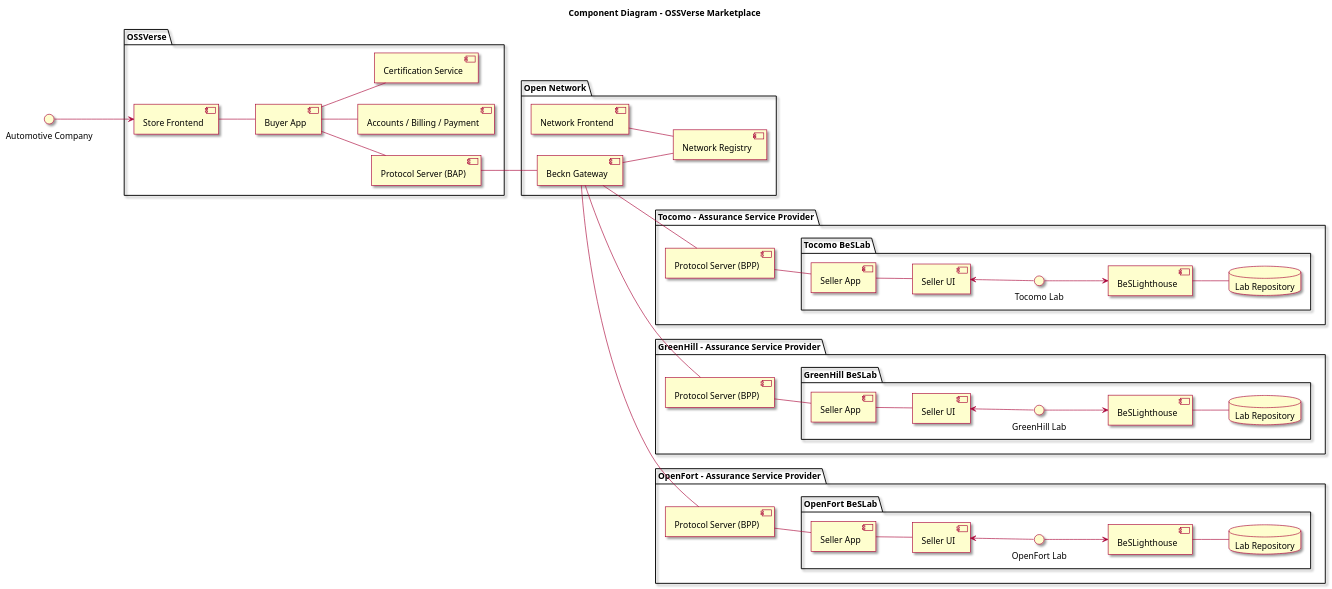
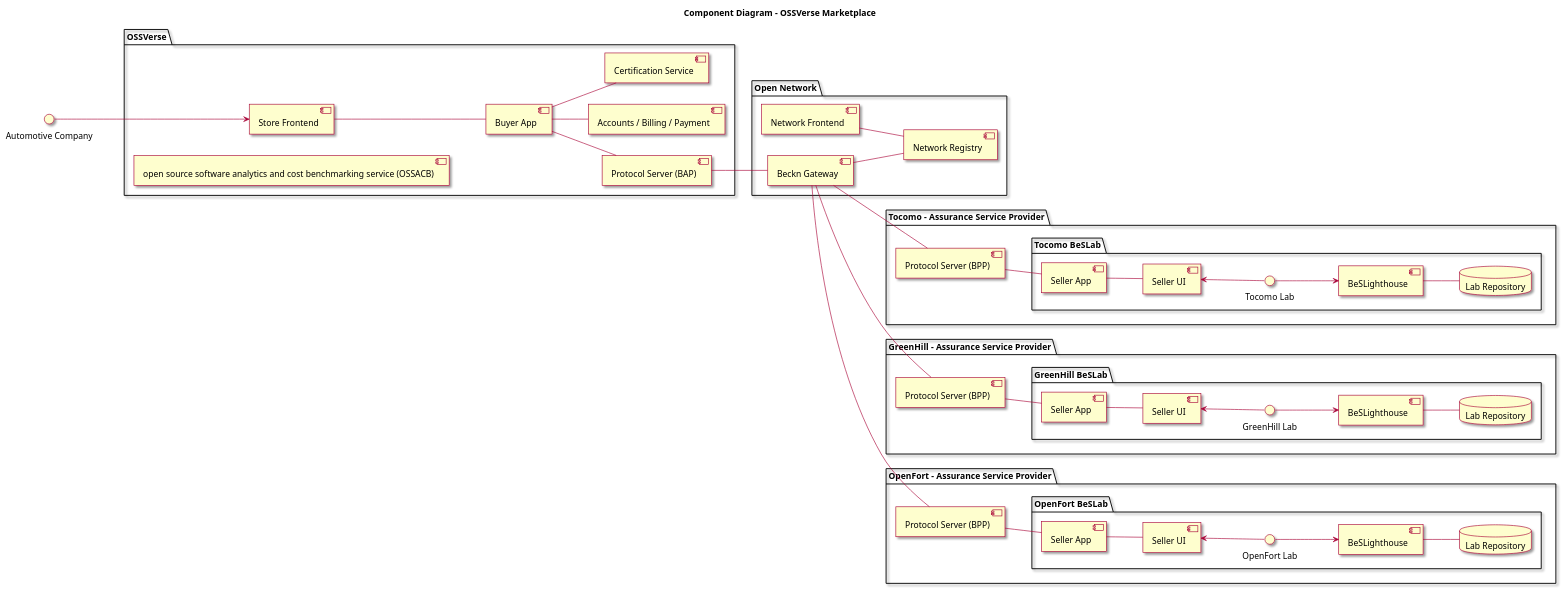
The diagram in docs/puml/ComponentDiagram.puml (OSSVerse/OSSVerse), drawn with PlantUML before and after one commit.

Commit message:
Update ComponentDiagram.puml
Added open source software analytics and cost benchmarking service (OSSACB)

```diff
--- a/docs/puml/ComponentDiagram.puml
+++ b/docs/puml/ComponentDiagram.puml
@@ -1,81 +1,82 @@
 @startuml
 
 title Component Diagram - OSSVerse Marketplace
 
 skin rose
 
 left to right direction
 
 package "OSSVerse" {
   component [Store Frontend] as comp1
   component [Buyer App] as comp2
   component [Protocol Server (BAP)] as comp3
   component [Accounts / Billing / Payment] as comp21
   component [Certification Service] as comp23
+  component [open source software analytics and cost benchmarking service (OSSACB)] as comp24
 
   comp1 -- comp2
   comp2 -- comp3
   comp2 -- comp21
   comp2 -- comp23
 }
 
 "Automotive Company" --> comp1
 
 package "Open Network" {
   component [Network Frontend] as comp22
   component [Beckn Gateway] as comp4
   database [Network Registry] as comp5
   comp3 -- comp4
   comp4 -- comp5
   comp22 -- comp5
 }
 
 package "Tocomo - Assurance Service Provider" {
   component [Protocol Server (BPP)] as comp6
   package "Tocomo BeSLab" {
     component [Seller App] as comp7
     component [Seller UI] as comp8
     component [BeSLighthouse] as comp9
     database "Lab Repository" as comp10
     comp8 <-- "Tocomo Lab"
     "Tocomo Lab" --> comp9
     comp9 -- comp10
   }
   comp4 -- comp6
   comp6 -- comp7
   comp7 -- comp8
 }
 
 package "GreenHill - Assurance Service Provider" {
   component [Protocol Server (BPP)] as comp11
   package "GreenHill BeSLab" {
     component [Seller App] as comp12
     component [Seller UI] as comp13
     component [BeSLighthouse] as comp14
     database "Lab Repository" as comp15
     comp13 <-- "GreenHill Lab"
     "GreenHill Lab" --> comp14
     comp14 -- comp15
   }
   comp4 -- comp11
   comp11 -- comp12
   comp12 -- comp13
 }
 
 package "OpenFort - Assurance Service Provider" {
   component [Protocol Server (BPP)] as comp16
   package "OpenFort BeSLab" {
     component [Seller App] as comp17
     component [Seller UI] as comp18
     component [BeSLighthouse] as comp19
     database "Lab Repository" as comp20
     comp18 <-- "OpenFort Lab"
     "OpenFort Lab" --> comp19
     comp19 -- comp20
   }
   comp4 -- comp16
   comp16 -- comp17
   comp17 -- comp18
 }
 
 @enduml
```
